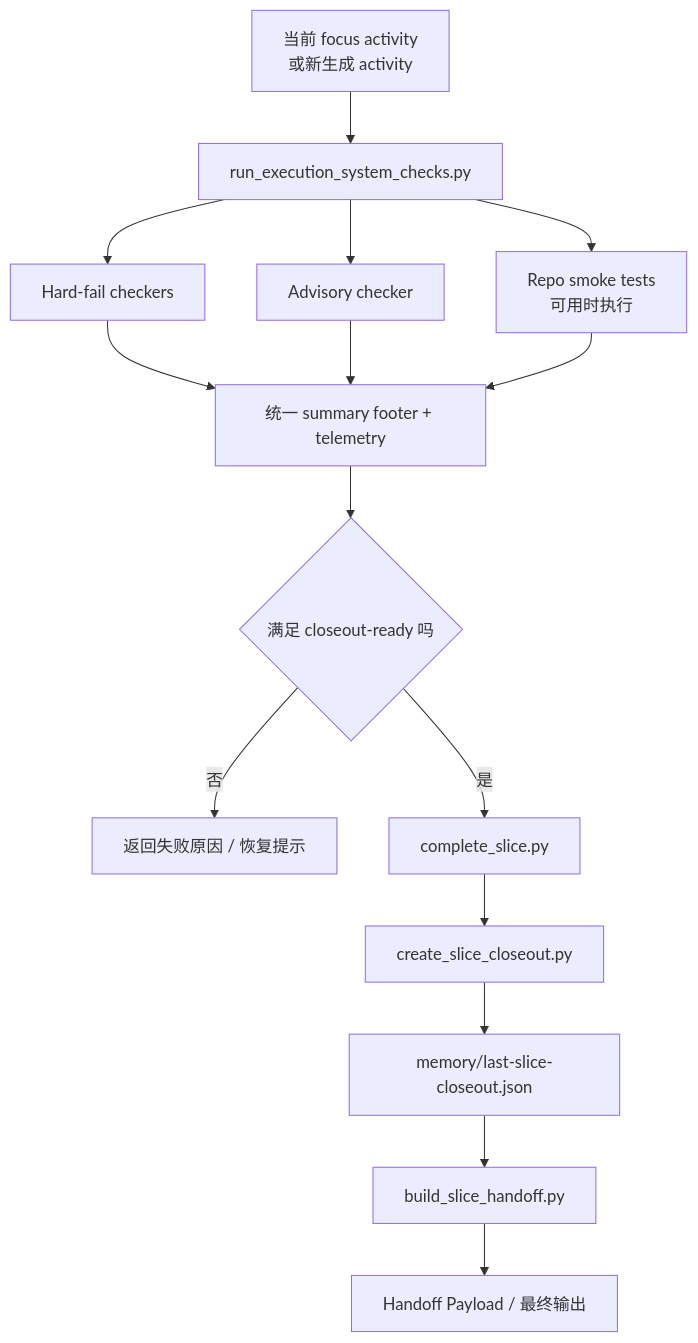
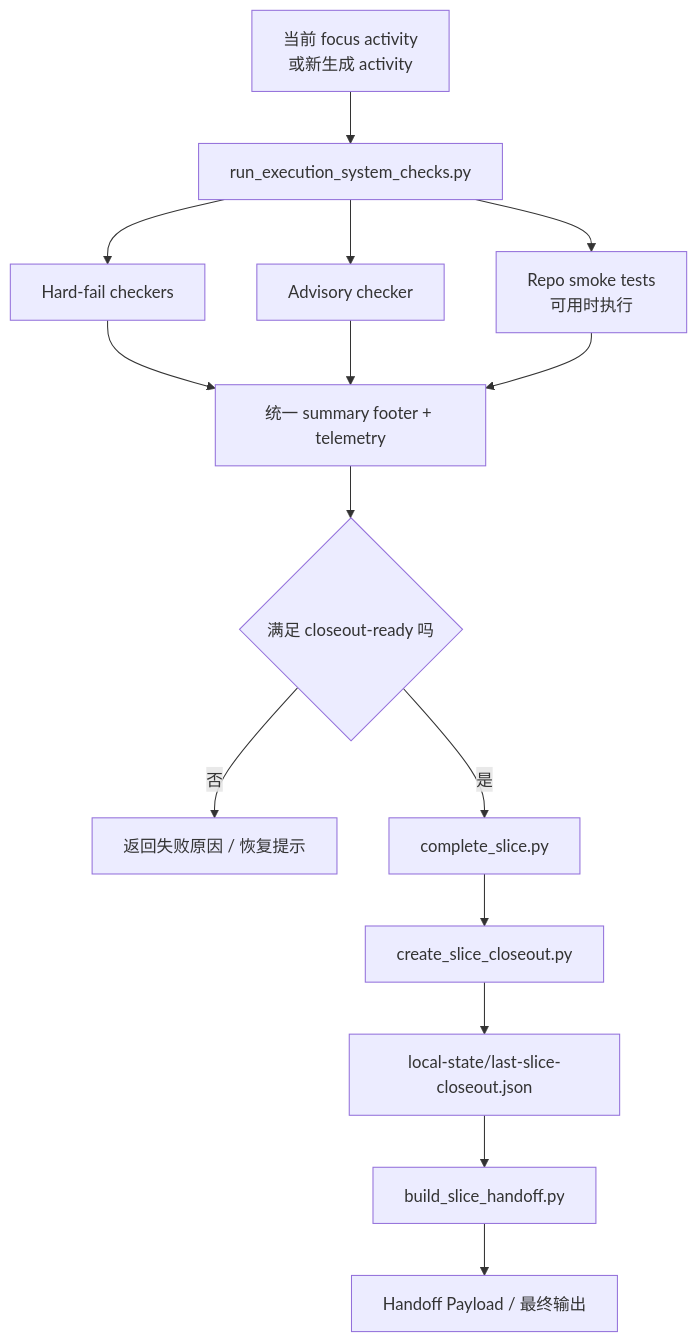
Before and after one commit to sperictao/six-layer-execution-system: the third of 3 diagrams in plugins/six-layer-execution-system/docs/code-wiki/executive-flow-views.md, drawn with Mermaid. The commit also changed other lines of this file and 116 other files, not shown here.

````diff
--- a/plugins/six-layer-execution-system/docs/code-wiki/executive-flow-views.md
+++ b/plugins/six-layer-execution-system/docs/code-wiki/executive-flow-views.md
@@ -68,19 +68,19 @@
 ```mermaid
 flowchart TD
     S["当前 focus activity<br/>或新生成 activity"] --> K["run_execution_system_checks.py"]
     K --> H1["Hard-fail checkers"]
     K --> H2["Advisory checker"]
     K --> H3["Repo smoke tests<br/>可用时执行"]
     H1 --> R["统一 summary footer + telemetry"]
     H2 --> R
     H3 --> R
 
     R --> G{"满足 closeout-ready 吗"}
     G -->|否| X["返回失败原因 / 恢复提示"]
     G -->|是| C["complete_slice.py"]
 
     C --> A1["create_slice_closeout.py"]
-    A1 --> A2["memory/last-slice-closeout.json"]
+    A1 --> A2["local-state/last-slice-closeout.json"]
     A2 --> A3["build_slice_handoff.py"]
     A3 --> O["Handoff Payload / 最终输出"]
 ```
````
